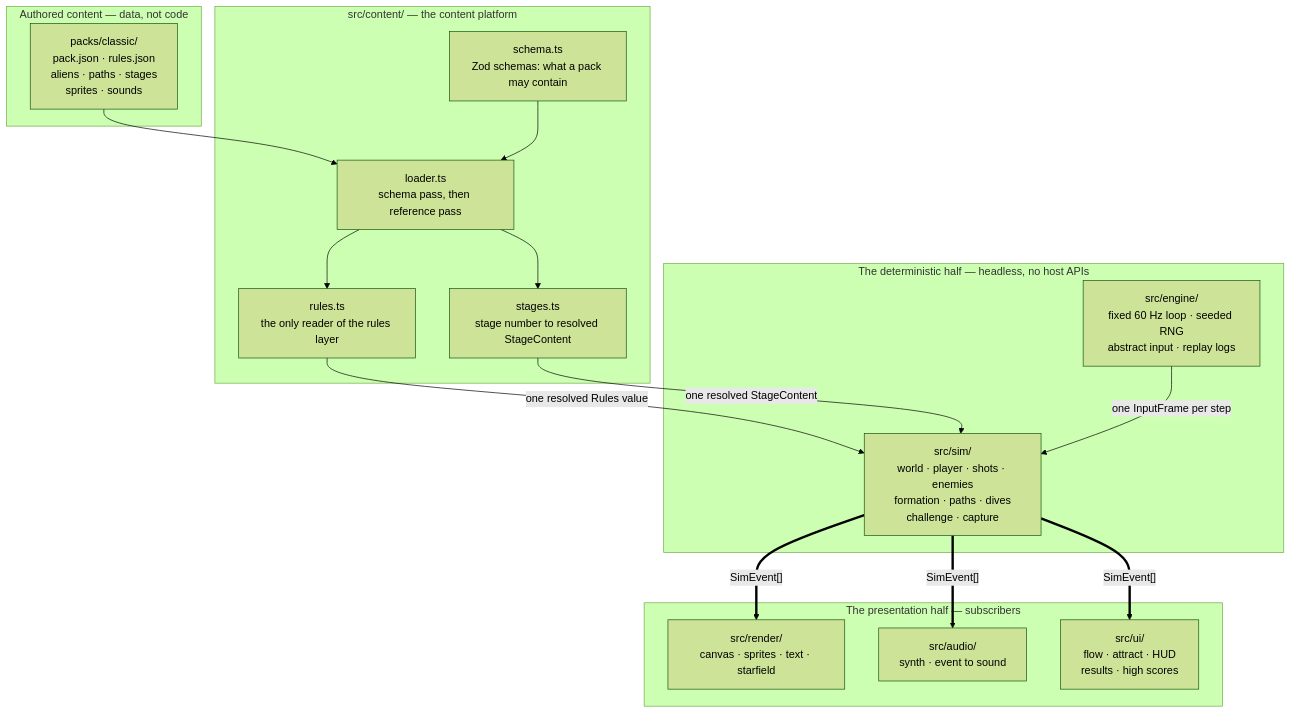
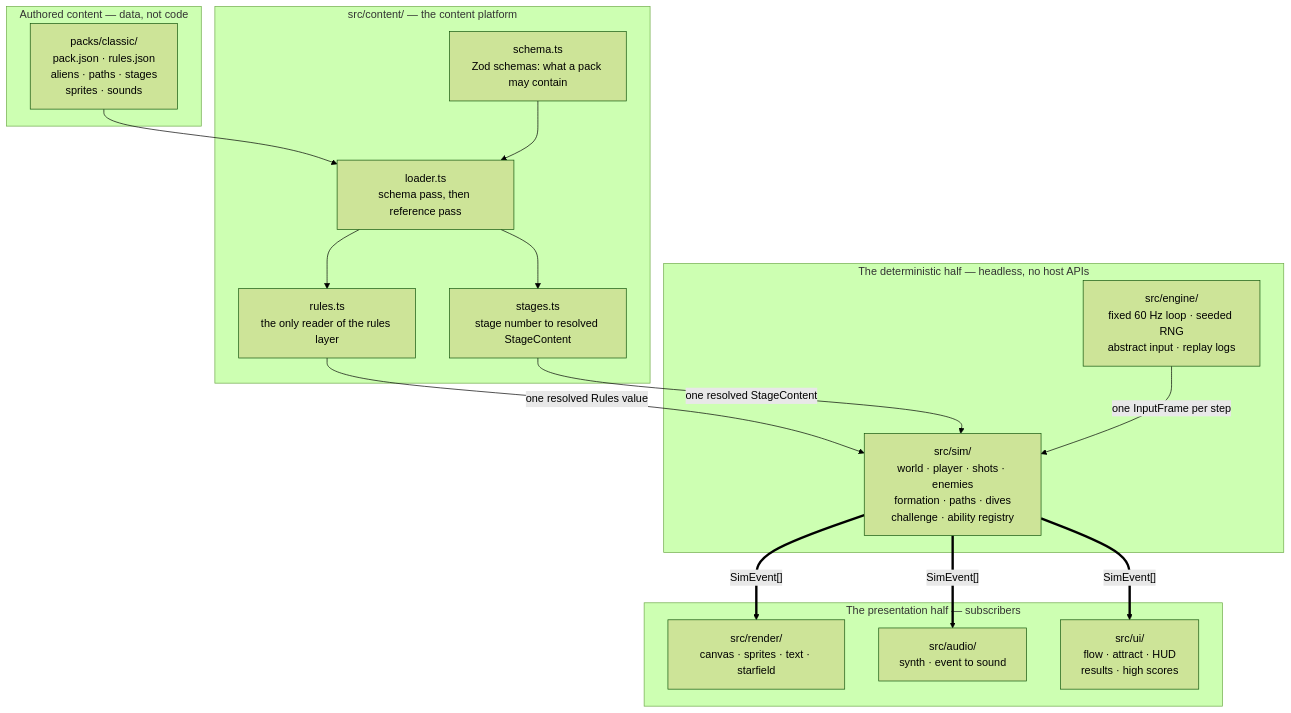
The first of 3 diagrams in docs/ARCHITECTURE.md (sgwoods/star-swarm), drawn with Mermaid (forest theme) before and after one commit. The commit also changed other lines of this file and 9 other files, not shown here.

````diff
--- a/docs/ARCHITECTURE.md
+++ b/docs/ARCHITECTURE.md
@@ -444,35 +446,35 @@
 ```mermaid
 flowchart TB
     subgraph authored["Authored content — data, not code"]
         pack["packs/classic/<br/>pack.json · rules.json<br/>aliens · paths · stages<br/>sprites · sounds"]
     end
 
     subgraph platform["src/content/ — the content platform"]
         schema["schema.ts<br/>Zod schemas: what a pack may contain"]
         loader["loader.ts<br/>schema pass, then reference pass"]
         rules["rules.ts<br/>the only reader of the rules layer"]
         stages["stages.ts<br/>stage number to resolved StageContent"]
     end
 
     subgraph deterministic["The deterministic half — headless, no host APIs"]
         engine["src/engine/<br/>fixed 60 Hz loop · seeded RNG<br/>abstract input · replay logs"]
-        sim["src/sim/<br/>world · player · shots · enemies<br/>formation · paths · dives<br/>challenge · capture"]
+        sim["src/sim/<br/>world · player · shots · enemies<br/>formation · paths · dives<br/>challenge · ability registry"]
     end
 
     subgraph presentation["The presentation half — subscribers"]
         render["src/render/<br/>canvas · sprites · text · starfield"]
         audio["src/audio/<br/>synth · event to sound"]
         ui["src/ui/<br/>flow · attract · HUD<br/>results · high scores"]
     end
 
     pack --> loader
     schema --> loader
     loader --> rules
     loader --> stages
     rules -- "one resolved Rules value" --> sim
     stages -- "one resolved StageContent" --> sim
     engine -- "one InputFrame per step" --> sim
     sim == "SimEvent[]" ==> render
     sim == "SimEvent[]" ==> audio
     sim == "SimEvent[]" ==> ui
 ```
````
